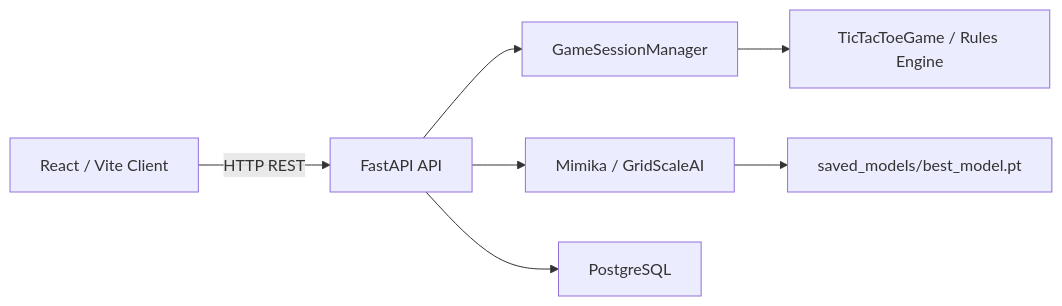
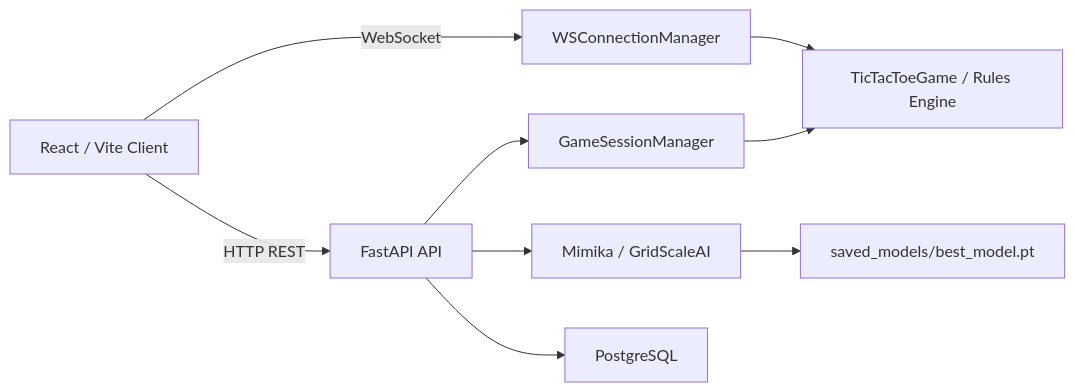
The diagram in README.md (Etrlnx/HexTacTic), drawn with Mermaid before and after one commit. The commit also changed other lines of this file and 2580 other files, not shown here.

````diff
--- a/README.md
+++ b/README.md
@@ -14,9 +14,11 @@
 ```mermaid
 flowchart LR
     Client["React / Vite Client"] -->|HTTP REST| API["FastAPI API"]
+    Client -->|WebSocket| WS["WSConnectionManager"]
+    WS --> Rules
     API --> Sessions["GameSessionManager"]
     Sessions --> Rules["TicTacToeGame / Rules Engine"]
     API --> AI["Mimika / GridScaleAI"]
     API --> DB["PostgreSQL"]
     AI --> Weights["saved_models/best_model.pt"]
 ```
````
